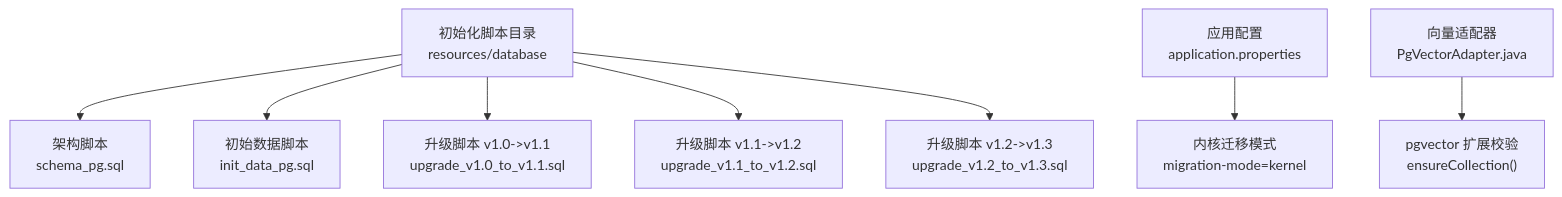
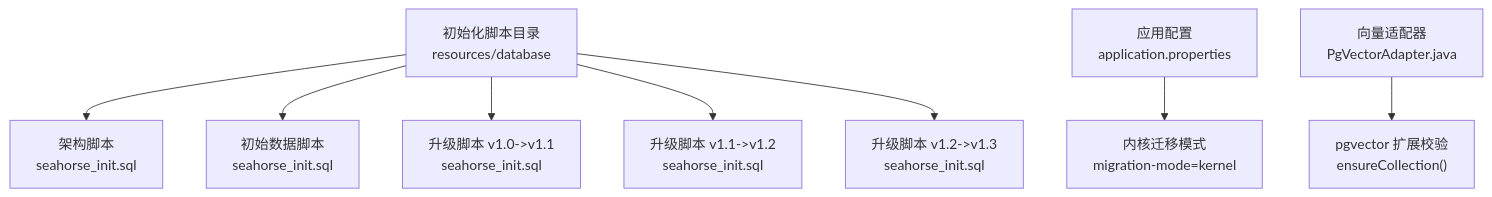
The first of 6 diagrams in docs/zh/content/数据库设计/数据库初始化.md (onceMisery/seahorse-agent), drawn with Mermaid before and after one commit. The commit also changed other lines of this file and 31 other files, not shown here.

First line of the commit message:
refactor: merge all DDL into seahorse_init.sql, delete redundant scripts

````diff
--- a/docs/zh/content/数据库设计/数据库初始化.md
+++ b/docs/zh/content/数据库设计/数据库初始化.md
@@ -39,10 +39,10 @@
 ```mermaid
 graph TB
-A["初始化脚本目录<br/>resources/database"] --> B["架构脚本<br/>schema_pg.sql"]
-A --> C["初始数据脚本<br/>init_data_pg.sql"]
-A --> D["升级脚本 v1.0->v1.1<br/>upgrade_v1.0_to_v1.1.sql"]
-A --> E["升级脚本 v1.1->v1.2<br/>upgrade_v1.1_to_v1.2.sql"]
-A --> F["升级脚本 v1.2->v1.3<br/>upgrade_v1.2_to_v1.3.sql"]
+A["初始化脚本目录<br/>resources/database"] --> B["架构脚本<br/>seahorse_init.sql"]
+A --> C["初始数据脚本<br/>seahorse_init.sql"]
+A --> D["升级脚本 v1.0->v1.1<br/>seahorse_init.sql"]
+A --> E["升级脚本 v1.1->v1.2<br/>seahorse_init.sql"]
+A --> F["升级脚本 v1.2->v1.3<br/>seahorse_init.sql"]
 G["应用配置<br/>application.properties"] --> H["内核迁移模式<br/>migration-mode=kernel"]
 I["向量适配器<br/>PgVectorAdapter.java"] --> J["pgvector 扩展校验<br/>ensureCollection()"]
 ```
````
